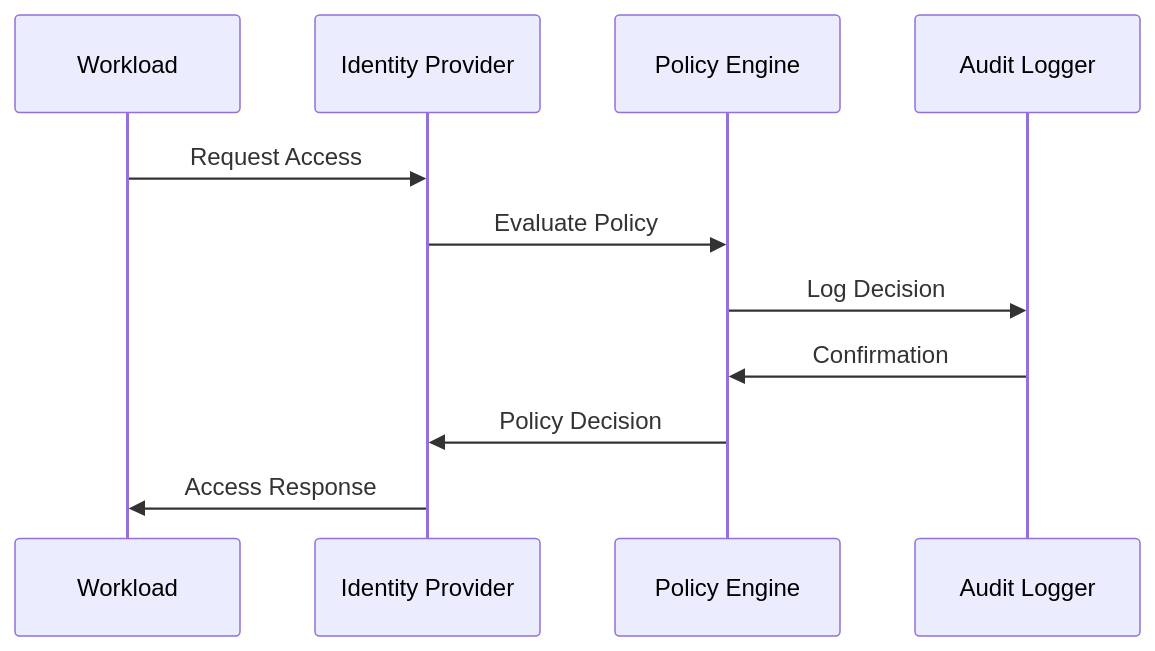
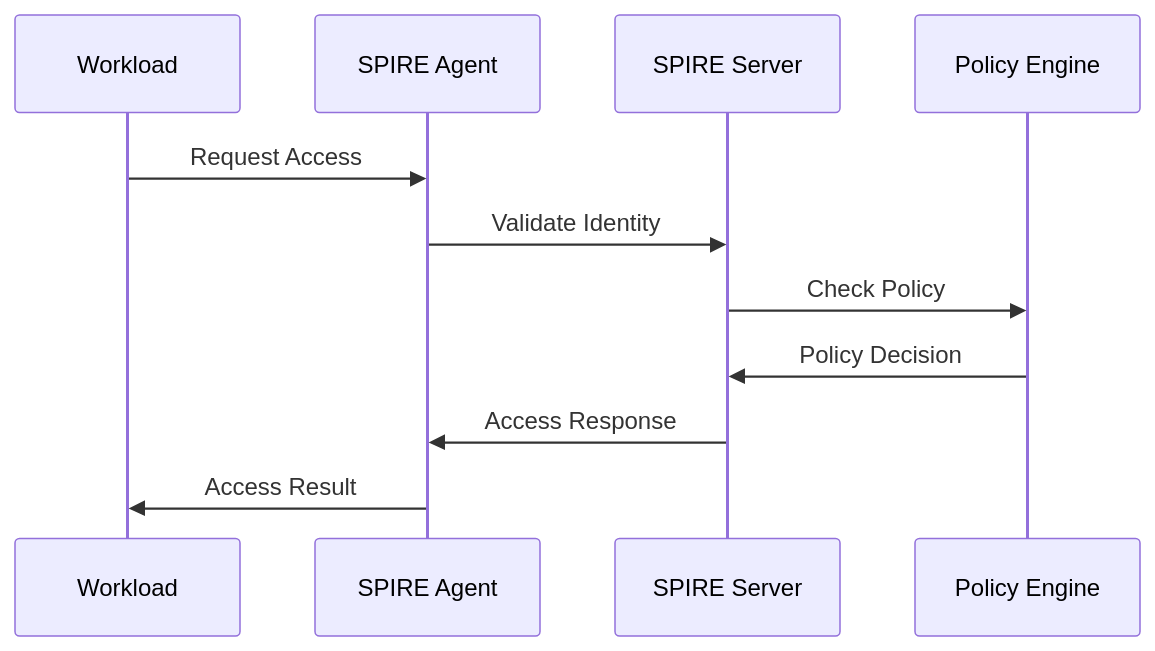
Before and after one commit to Salkimmich/workload_identity: the third of 3 diagrams in docs/architecture_guide.md, drawn with Mermaid. The commit also changed other lines of this file and 20 other files, not shown here.

````diff
--- a/docs/architecture_guide.md
+++ b/docs/architecture_guide.md
@@ -453,14 +198,14 @@
 ```mermaid
 sequenceDiagram
     participant W as Workload
-    participant IP as Identity Provider
-    participant PE as Policy Engine
-    participant AL as Audit Logger
+    participant A as SPIRE Agent
+    participant S as SPIRE Server
+    participant P as Policy Engine
     
-    W->>IP: Request Access
-    IP->>PE: Evaluate Policy
-    PE->>AL: Log Decision
-    AL->>PE: Confirmation
-    PE->>IP: Policy Decision
-    IP->>W: Access Response
+    W->>A: Request Access
+    A->>S: Validate Identity
+    S->>P: Check Policy
+    P->>S: Policy Decision
+    S->>A: Access Response
+    A->>W: Access Result
 ```
````
